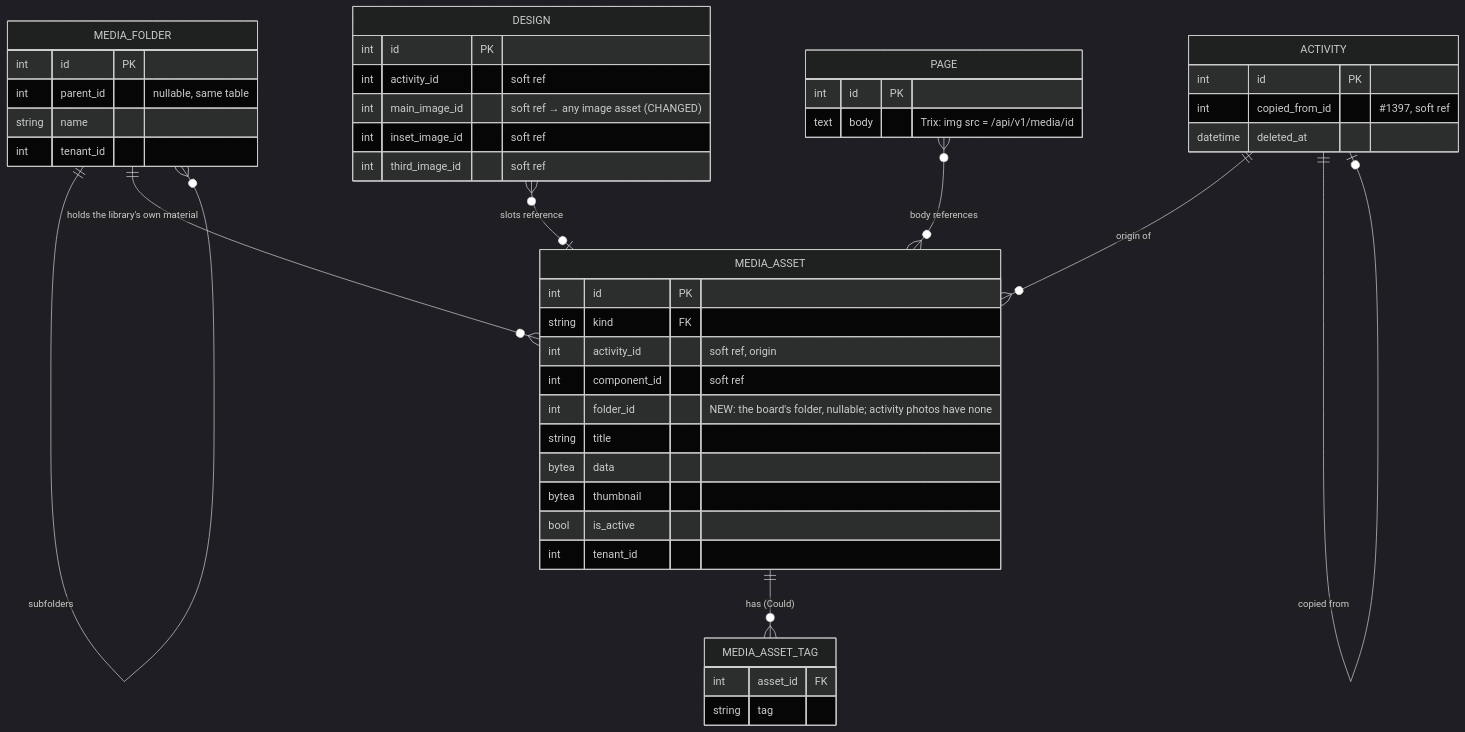
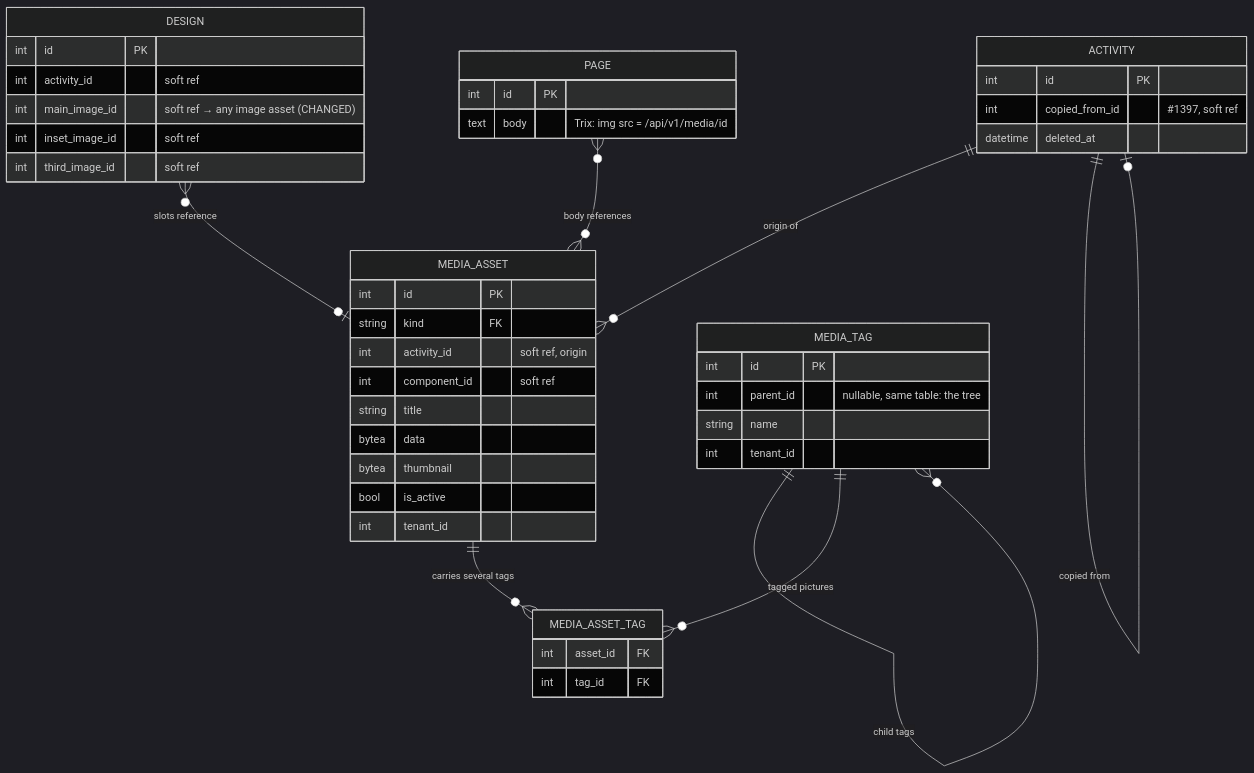
The fifth of 5 diagrams in docs/change_request_15_media_library.md (KoenRenders/KoenTest), drawn with Mermaid (dark theme) before and after one commit. The commit also changed other lines of this file, not shown here.

````diff
--- a/docs/change_request_15_media_library.md
+++ b/docs/change_request_15_media_library.md
@@ -311,48 +311,47 @@
 ```mermaid
 erDiagram
   MEDIA_ASSET {
     int id PK
     string kind FK
     int activity_id "soft ref, origin"
     int component_id "soft ref"
-    int folder_id "NEW: the board's folder, nullable; activity photos have none"
     string title
     bytea data
     bytea thumbnail
     bool is_active
     int tenant_id
   }
-  MEDIA_FOLDER {
+  MEDIA_TAG {
     int id PK
-    int parent_id "nullable, same table"
+    int parent_id "nullable, same table: the tree"
     string name
     int tenant_id
   }
   MEDIA_ASSET_TAG {
     int asset_id FK
-    string tag
+    int tag_id FK
   }
   ACTIVITY {
     int id PK
     int copied_from_id "#1397, soft ref"
     datetime deleted_at
   }
   DESIGN {
     int id PK
     int activity_id "soft ref"
     int main_image_id "soft ref → any image asset (CHANGED)"
     int inset_image_id "soft ref"
     int third_image_id "soft ref"
   }
   PAGE {
     int id PK
     text body "Trix: img src = /api/v1/media/id"
   }
-  MEDIA_FOLDER ||--o{ MEDIA_FOLDER : "subfolders"
-  MEDIA_FOLDER ||--o{ MEDIA_ASSET : "holds the library's own material"
-  MEDIA_ASSET ||--o{ MEDIA_ASSET_TAG : "has (Could)"
+  MEDIA_TAG ||--o{ MEDIA_TAG : "child tags"
+  MEDIA_TAG ||--o{ MEDIA_ASSET_TAG : "tagged pictures"
+  MEDIA_ASSET ||--o{ MEDIA_ASSET_TAG : "carries several tags"
   ACTIVITY ||--o{ MEDIA_ASSET : "origin of"
   ACTIVITY ||--o| ACTIVITY : "copied from"
   DESIGN }o--o| MEDIA_ASSET : "slots reference"
   PAGE }o--o{ MEDIA_ASSET : "body references"
 ```
````
